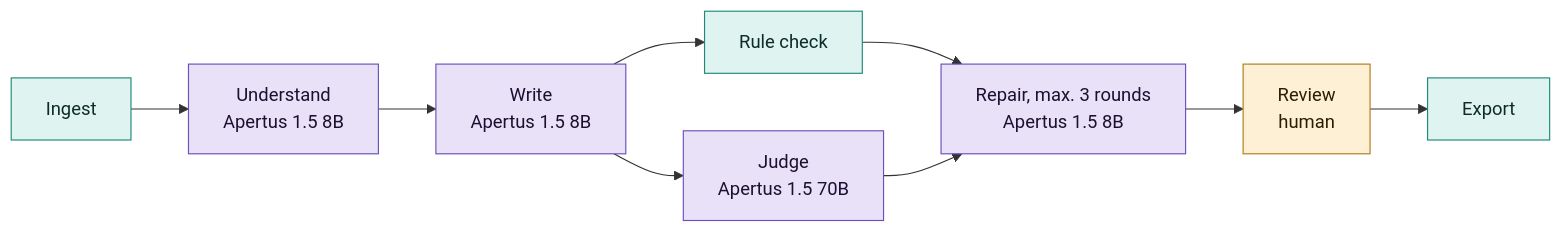
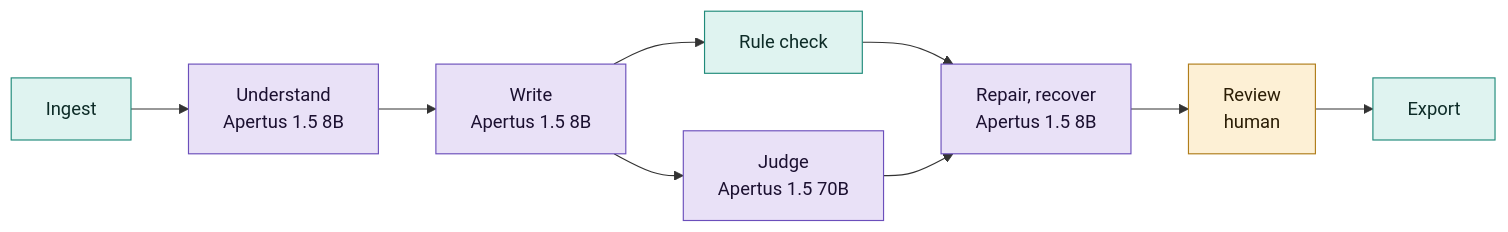
Before and after one commit to bobrovsky420/leicht-facile: the second of 2 diagrams in technical_report.md, drawn with Mermaid. The commit also changed other lines of this file and 6 other files, not shown here.

````diff
--- a/technical_report.md
+++ b/technical_report.md
@@ -65,13 +70,13 @@
 ```mermaid
 flowchart LR
     ING["Ingest"] --> UND["Understand<br/>Apertus 1.5 8B"] --> WRI["Write<br/>Apertus 1.5 8B"]
-    WRI --> RUL["Rule check"] & JUD["Judge<br/>Apertus 1.5 70B"] --> REP["Repair, max. 3 rounds<br/>Apertus 1.5 8B"]
+    WRI --> RUL["Rule check"] & JUD["Judge<br/>Apertus 1.5 70B"] --> REP["Repair, recover<br/>Apertus 1.5 8B"]
     REP --> REV["Review<br/>human"] --> EXP["Export"]
 
     classDef ai fill:#e9e1f7,stroke:#6b4fbb,color:#1b1030
     classDef code fill:#dff3f0,stroke:#1f8a7a,color:#0d2b27
     classDef human fill:#fdf0d5,stroke:#b07d1a,color:#2b1d05
     class UND,WRI,JUD,REP ai
     class ING,RUL,EXP code
     class REV human
 ```
````
